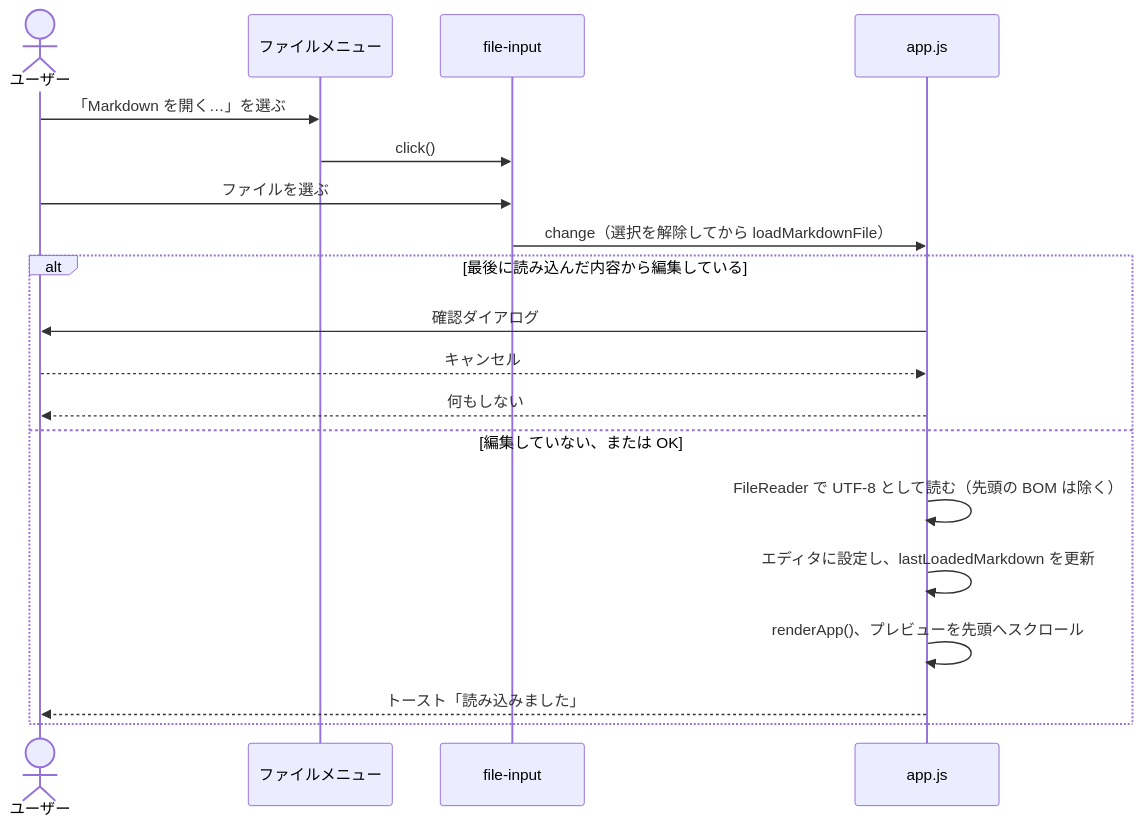
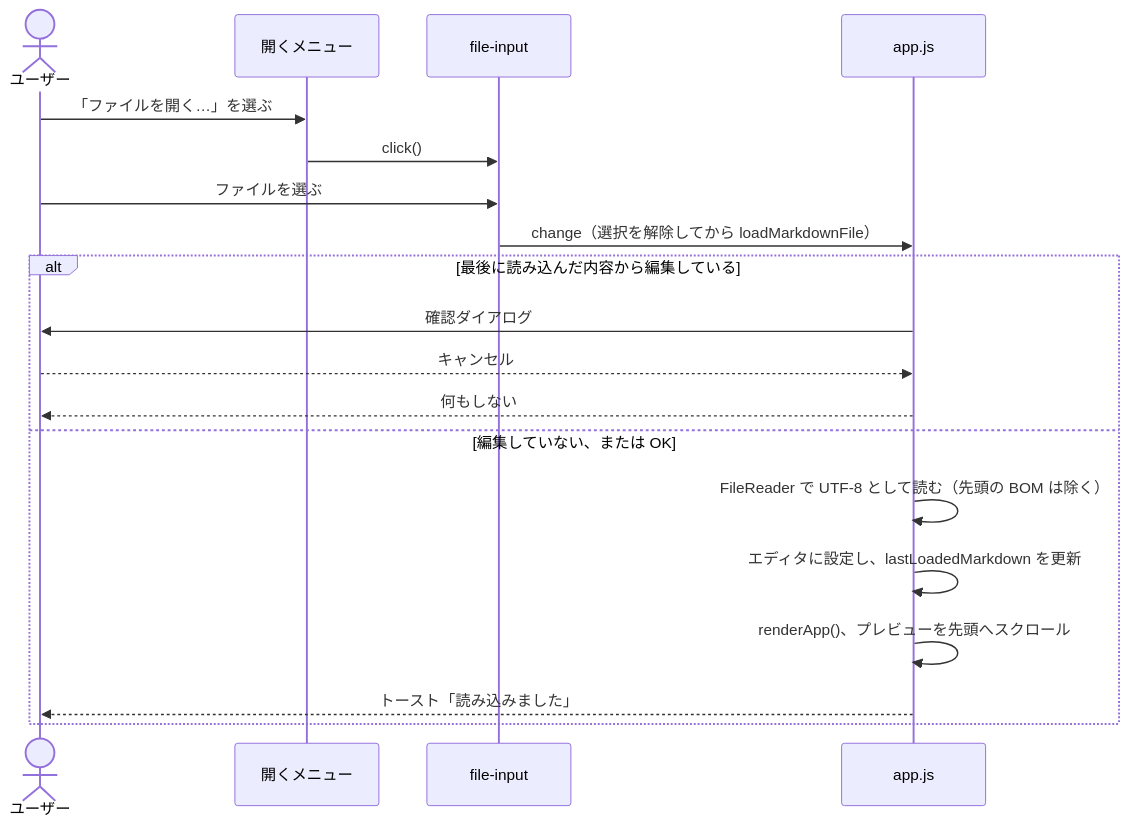
One commit to prankster-freedom/Lucivo changed the first of 3 diagrams in doc/3.sw_design_notes/features/file-loading.md. Above: the diagram before and after it, drawn with Mermaid. The commit also changed other lines of this file and 31 other files, not shown here.

````diff
--- a/doc/3.sw_design_notes/features/file-loading.md
+++ b/doc/3.sw_design_notes/features/file-loading.md
@@ -28,21 +31,21 @@
 ```mermaid
 sequenceDiagram
   actor User as ユーザー
-  participant Menu as ファイルメニュー
+  participant Menu as 開くメニュー
   participant Input as file-input
   participant App as app.js
-  User->>Menu: 「Markdown を開く…」を選ぶ
+  User->>Menu: 「ファイルを開く…」を選ぶ
   Menu->>Input: click()
   User->>Input: ファイルを選ぶ
   Input->>App: change（選択を解除してから loadMarkdownFile）
   alt 最後に読み込んだ内容から編集している
     App->>User: 確認ダイアログ
     User-->>App: キャンセル
     App-->>User: 何もしない
   else 編集していない、または OK
     App->>App: FileReader で UTF-8 として読む（先頭の BOM は除く）
     App->>App: エディタに設定し、lastLoadedMarkdown を更新
     App->>App: renderApp()、プレビューを先頭へスクロール
     App-->>User: トースト「読み込みました」
   end
 ```
````
